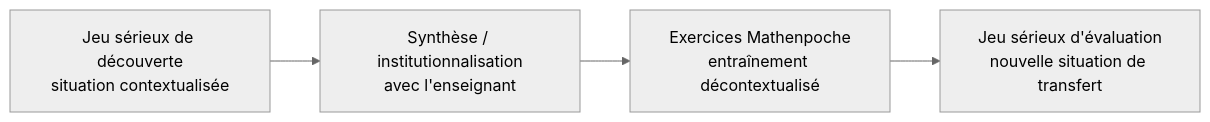
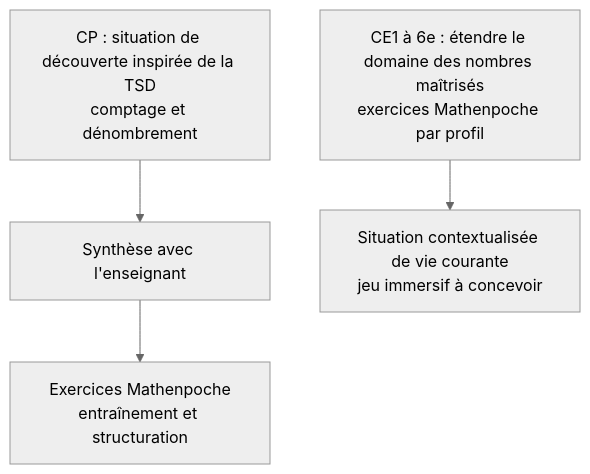
One commit to fremar64/fork-mathenpoche changed the diagram in docs/STRATEGIE-PEDAGOGIQUE.md. Above: the diagram before and after it, drawn with Mermaid (neutral theme). The commit also changed other lines of this file, not shown here.

````diff
--- a/docs/STRATEGIE-PEDAGOGIQUE.md
+++ b/docs/STRATEGIE-PEDAGOGIQUE.md
@@ -16,6 +16,6 @@
 ```mermaid
-flowchart LR
-    A[Jeu sérieux de découverte<br/>situation contextualisée] --> B[Synthèse / institutionnalisation<br/>avec l'enseignant]
-    B --> C[Exercices Mathenpoche<br/>entraînement décontextualisé]
-    C --> D[Jeu sérieux d'évaluation<br/>nouvelle situation de transfert]
+flowchart TD
+    A[CP : situation de découverte inspirée de la TSD<br/>comptage et dénombrement] --> B[Synthèse avec l'enseignant]
+    B --> C[Exercices Mathenpoche<br/>entraînement et structuration]
+    E[CE1 à 6e : étendre le domaine des nombres maîtrisés<br/>exercices Mathenpoche par profil] --> F[Situation contextualisée de vie courante<br/>jeu immersif à concevoir]
 ```
````
